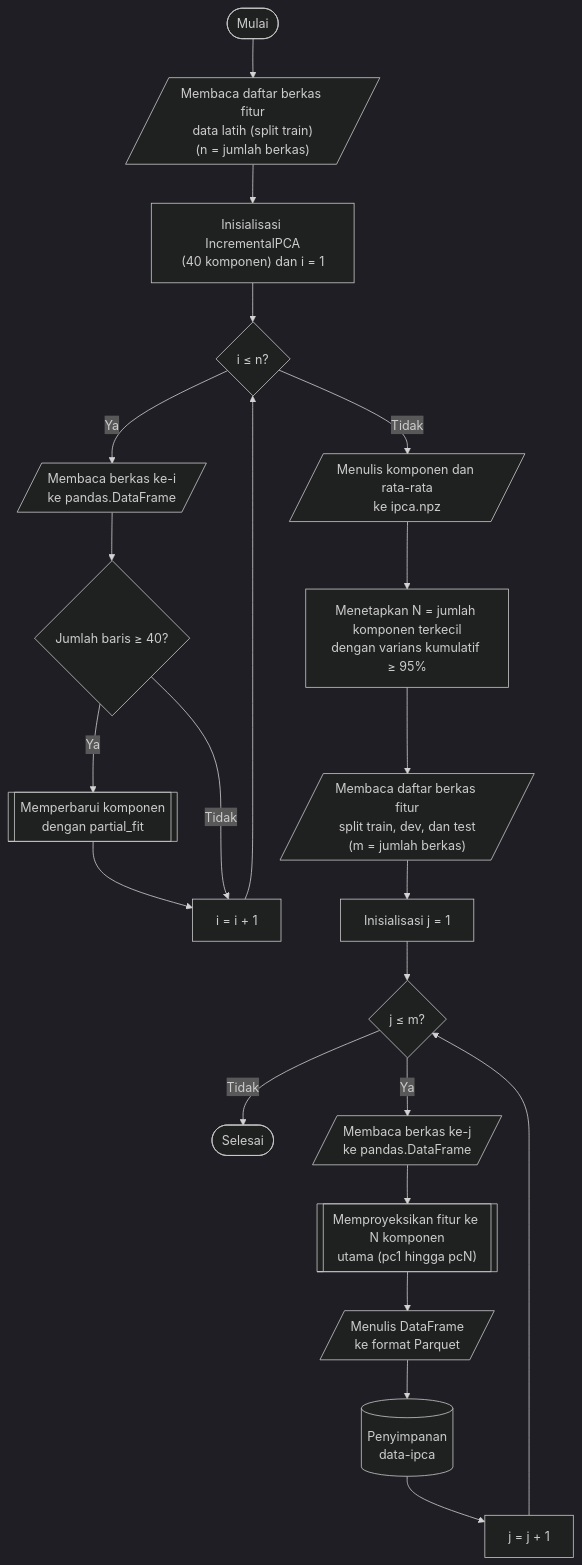
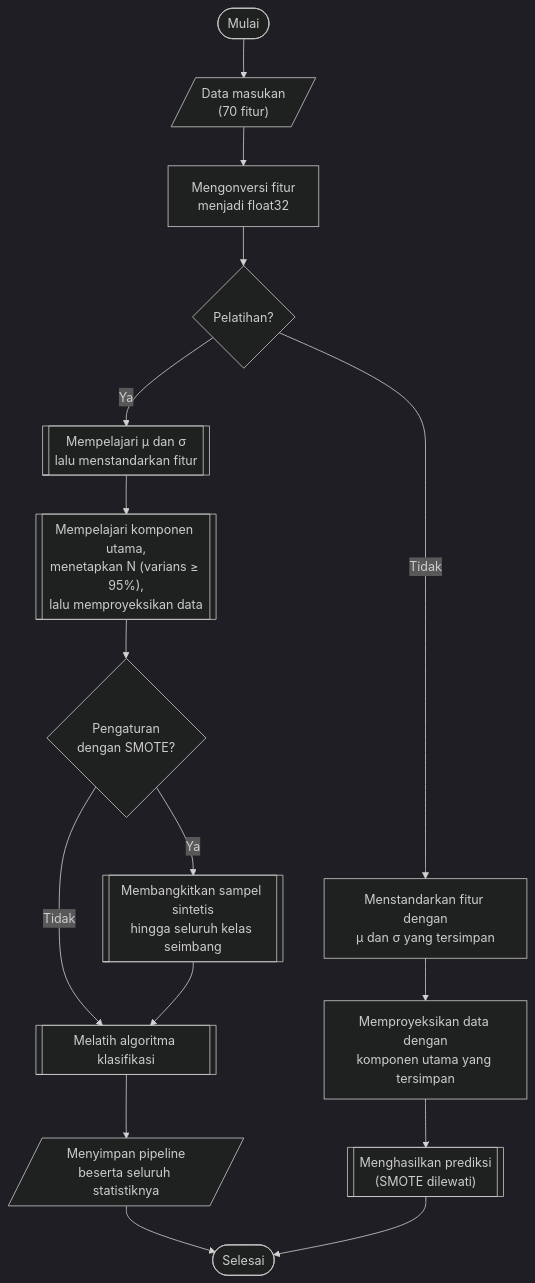
The diagram in thesis/diagram/bab_04/diagram_04_07_01.mmd (JoxNeis/mlids-robustness), drawn with Mermaid (dark theme) before and after one commit. The commit also changed 80 other files, not shown here.

```diff
--- a/thesis/diagram/bab_04/diagram_04_07_01.mmd
+++ b/thesis/diagram/bab_04/diagram_04_07_01.mmd
@@ -1,26 +1,19 @@
 flowchart TD
     mulai(["Mulai"])
-    mulai --> input_train[/"Membaca daftar berkas fitur<br>data latih (split train)<br>(n = jumlah berkas)"/]
-    input_train --> init_ipca["Inisialisasi IncrementalPCA<br>(40 komponen) dan i = 1"]
-    init_ipca --> cek_i{"i ≤ n?"}
+    mulai --> masukan[/"Data masukan<br>(70 fitur)"/]
+    masukan --> cast["Mengonversi fitur<br>menjadi float32"]
+    cast --> mode{"Pelatihan?"}
 
-    cek_i -->|"Ya"| baca_latih[/"Membaca berkas ke-i<br>ke pandas.DataFrame"/]
-    baca_latih --> cek_baris{"Jumlah baris ≥ 40?"}
-    cek_baris -->|"Ya"| partial[["Memperbarui komponen<br>dengan partial_fit"]]
-    partial --> inc_i["i = i + 1"]
-    cek_baris -->|"Tidak"| inc_i
-    inc_i --> cek_i
+    mode -->|"Ya"| fit_scaler[["Mempelajari μ dan σ<br>lalu menstandarkan fitur"]]
+    fit_scaler --> fit_pca[["Mempelajari komponen utama,<br>menetapkan N (varians ≥ 95%),<br>lalu memproyeksikan data"]]
+    fit_pca --> cek_smote{"Pengaturan<br>dengan SMOTE?"}
+    cek_smote -->|"Ya"| smote[["Membangkitkan sampel sintetis<br>hingga seluruh kelas seimbang"]]
+    cek_smote -->|"Tidak"| latih
+    smote --> latih[["Melatih algoritma klasifikasi"]]
+    latih --> simpan[/"Menyimpan pipeline<br>beserta seluruh statistiknya"/]
+    simpan --> selesai(["Selesai"])
 
-    cek_i -->|"Tidak"| simpan_ipca[/"Menulis komponen dan rata-rata<br>ke ipca.npz"/]
-    simpan_ipca --> pilih_n["Menetapkan N = jumlah komponen terkecil<br>dengan varians kumulatif ≥ 95%"]
-    pilih_n --> input_semua[/"Membaca daftar berkas fitur<br>split train, dev, dan test<br>(m = jumlah berkas)"/]
-    input_semua --> init_j["Inisialisasi j = 1"]
-    init_j --> cek_j{"j ≤ m?"}
-
-    cek_j -->|"Tidak"| selesai(["Selesai"])
-    cek_j -->|"Ya"| baca_df[/"Membaca berkas ke-j<br>ke pandas.DataFrame"/]
-    baca_df --> proyeksi[["Memproyeksikan fitur ke N komponen<br>utama (pc1 hingga pcN)"]]
-    proyeksi --> tulis[/"Menulis DataFrame<br>ke format Parquet"/]
-    tulis --> simpan[("Penyimpanan<br>data-ipca")]
-    simpan --> inc_j["j = j + 1"]
-    inc_j --> cek_j
+    mode -->|"Tidak"| scaler["Menstandarkan fitur dengan<br>μ dan σ yang tersimpan"]
+    scaler --> pca["Memproyeksikan data dengan<br>komponen utama yang tersimpan"]
+    pca --> prediksi[["Menghasilkan prediksi<br>(SMOTE dilewati)"]]
+    prediksi --> selesai
```
